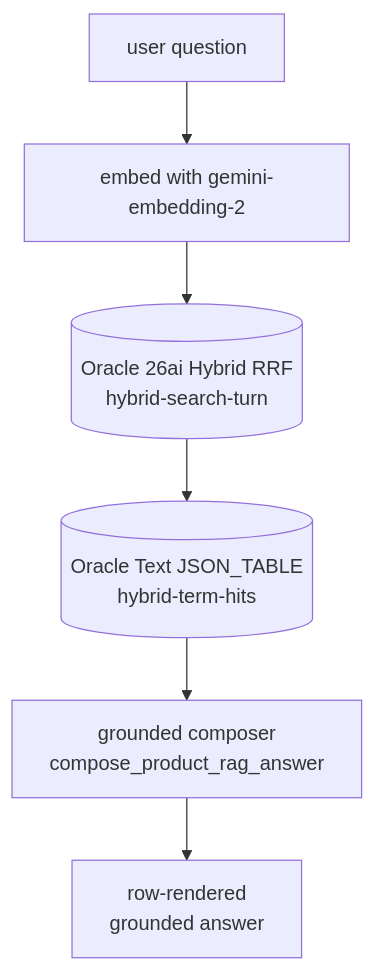
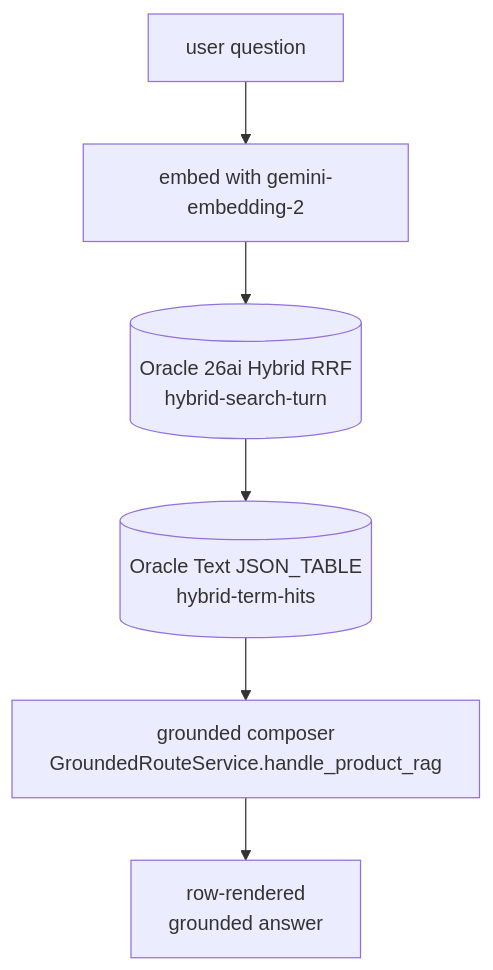
One commit to cofin/oracledb-vertexai-demo changed the diagram in docs/concepts/rag.md. Above: the diagram before and after it, drawn with Mermaid. The commit also changed other lines of this file and 89 other files, not shown here.

````diff
--- a/docs/concepts/rag.md
+++ b/docs/concepts/rag.md
@@ -11,8 +11,8 @@
 ```{mermaid}
 flowchart TD
     Q[user question] --> E[embed with gemini-embedding-2]
     E --> R[(Oracle 26ai Hybrid RRF<br/>hybrid-search-turn)]
     R --> T[(Oracle Text JSON_TABLE<br/>hybrid-term-hits)]
-    T --> G[grounded composer<br/>compose_product_rag_answer]
+    T --> G[grounded composer<br/>GroundedRouteService.handle_product_rag]
     G --> A[row-rendered<br/>grounded answer]
 ```
````
